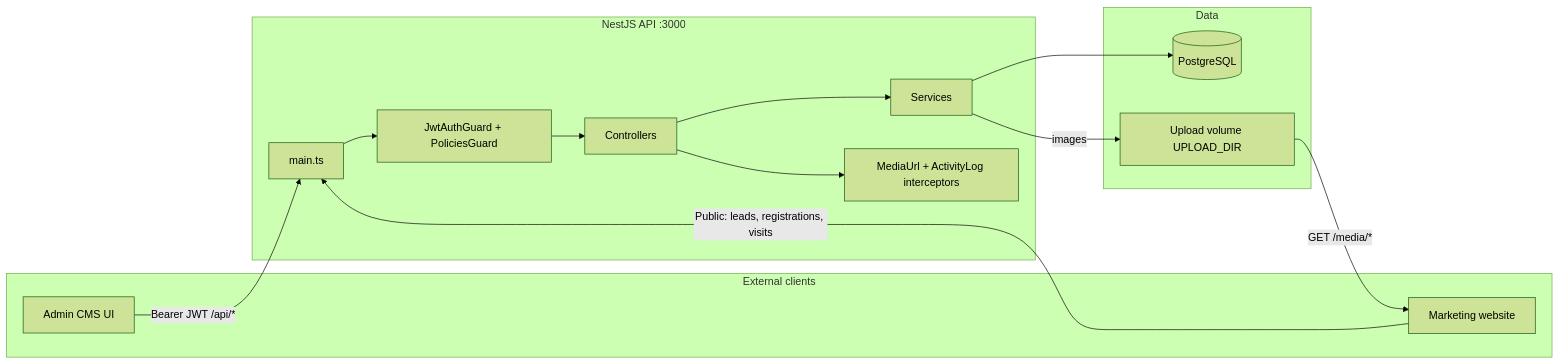
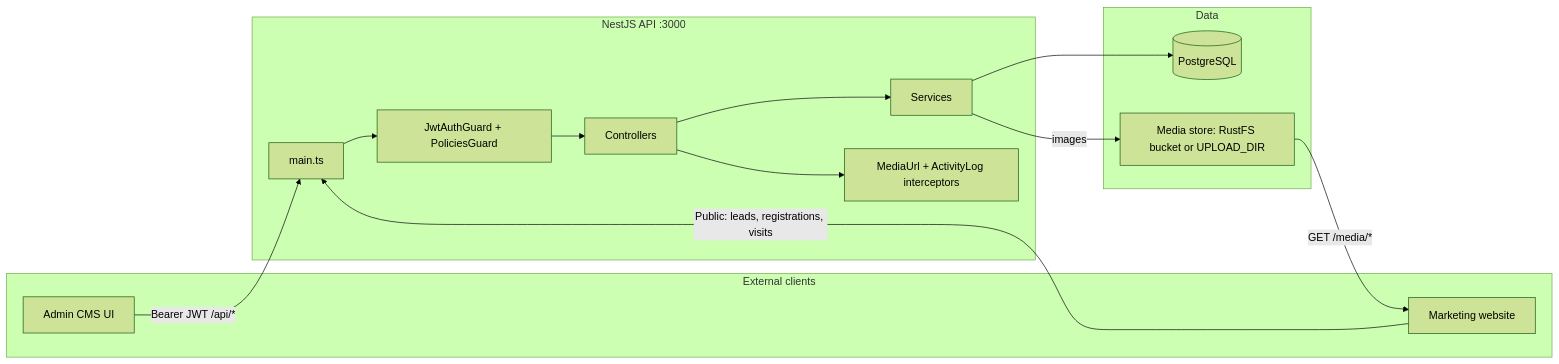
The first of 2 diagrams in docs/JOURNEY_DATA_FLOW.md (infinityp-soft/journey-api), drawn with Mermaid (forest theme) before and after one commit. The commit also changed other lines of this file and 18 other files, not shown here.

First line of the commit message:
feat(media): integrate RustFS storage driver and refactor media handling

````diff
--- a/docs/JOURNEY_DATA_FLOW.md
+++ b/docs/JOURNEY_DATA_FLOW.md
@@ -18,28 +18,28 @@
 ```mermaid
 flowchart LR
   subgraph clients [External clients]
     Admin[Admin CMS UI]
     Site[Marketing website]
   end
 
   subgraph api [NestJS API :3000]
     Main[main.ts]
     Guards[JwtAuthGuard + PoliciesGuard]
     Ctrl[Controllers]
     Svc[Services]
     IX[MediaUrl + ActivityLog interceptors]
   end
 
   subgraph data [Data]
     PG[(PostgreSQL)]
-    Vol[Upload volume UPLOAD_DIR]
+    Store[Media store: RustFS bucket or UPLOAD_DIR]
   end
 
   Admin -->|Bearer JWT /api/*| Main
   Site -->|Public: leads, registrations, visits| Main
   Main --> Guards --> Ctrl --> Svc
   Svc --> PG
-  Svc -->|images| Vol
-  Vol -->|GET /media/*| Site
+  Svc -->|images| Store
+  Store -->|GET /media/*| Site
   Ctrl --> IX
 ```
````
